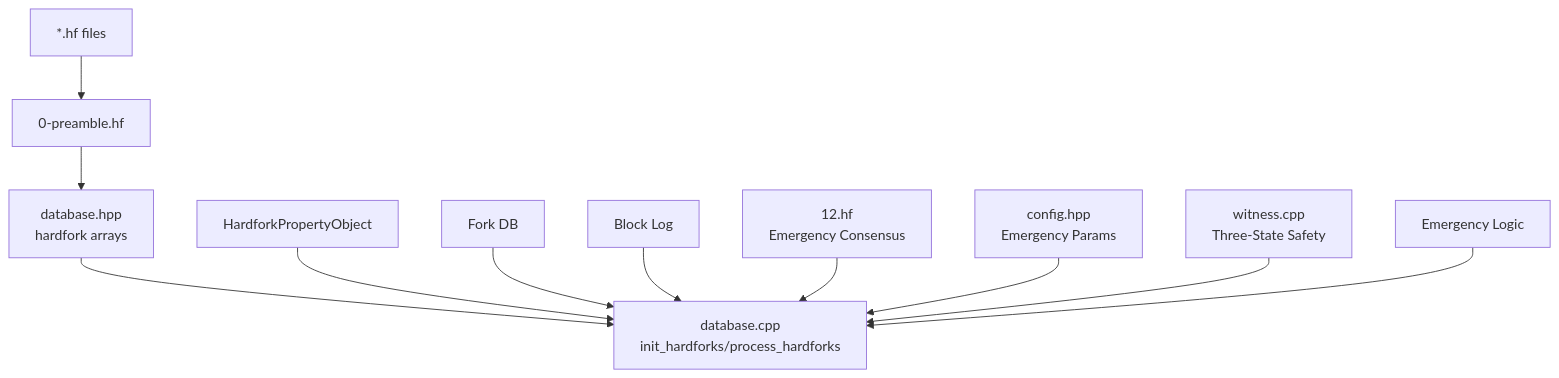
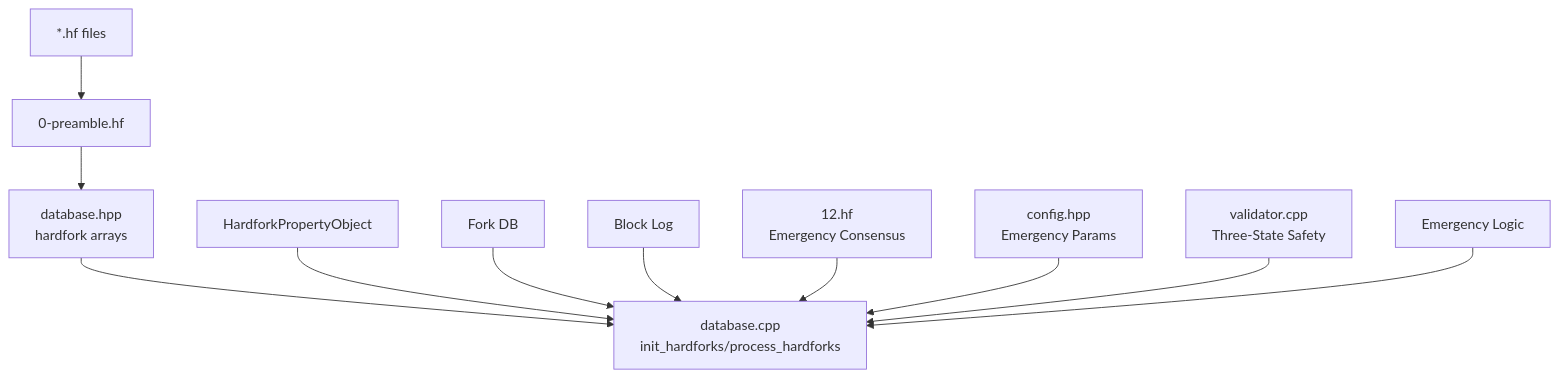
Before and after one commit to VIZ-Blockchain/viz-cpp-node: the seventh of 7 diagrams in .qoder/repowiki/en/content/Advanced Topics/Hardfork Management.md, drawn with Mermaid. The commit also changed other lines of this file and 88 other files, not shown here.

First line of the commit message:
docs(validator): rename witness to validator throughout documentation

````diff
--- a/.qoder/repowiki/en/content/Advanced Topics/Hardfork Management.md
+++ b/.qoder/repowiki/en/content/Advanced Topics/Hardfork Management.md
@@ -451,24 +451,24 @@
 ```mermaid
 graph TB
 HFFiles["*.hf files"]
 Preamble["0-preamble.hf"]
 HF12["12.hf<br/>Emergency Consensus"]
 DBHdr["database.hpp<br/>hardfork arrays"]
 DBInit["database.cpp<br/>init_hardforks/process_hardforks"]
 HFProps["HardforkPropertyObject"]
 ForkDB["Fork DB"]
 BlockLog["Block Log"]
 Config["config.hpp<br/>Emergency Params"]
-Witness["witness.cpp<br/>Three-State Safety"]
+validator["validator.cpp<br/>Three-State Safety"]
 Emergency["Emergency Logic"]
 HFFiles --> Preamble
 Preamble --> DBHdr
 DBHdr --> DBInit
 HFProps --> DBInit
 ForkDB --> DBInit
 BlockLog --> DBInit
 HF12 --> DBInit
 Config --> DBInit
-Witness --> DBInit
+validator --> DBInit
 Emergency --> DBInit
 ```
````
